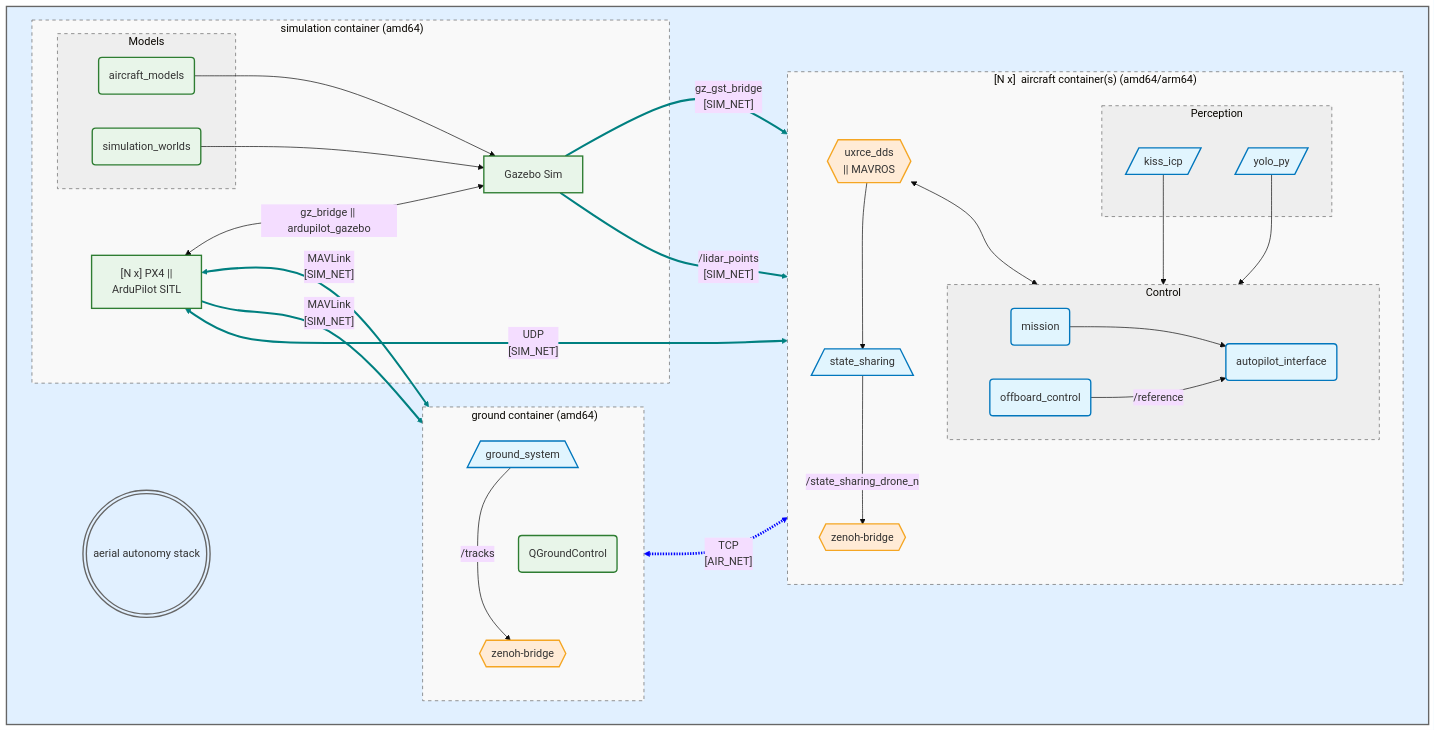
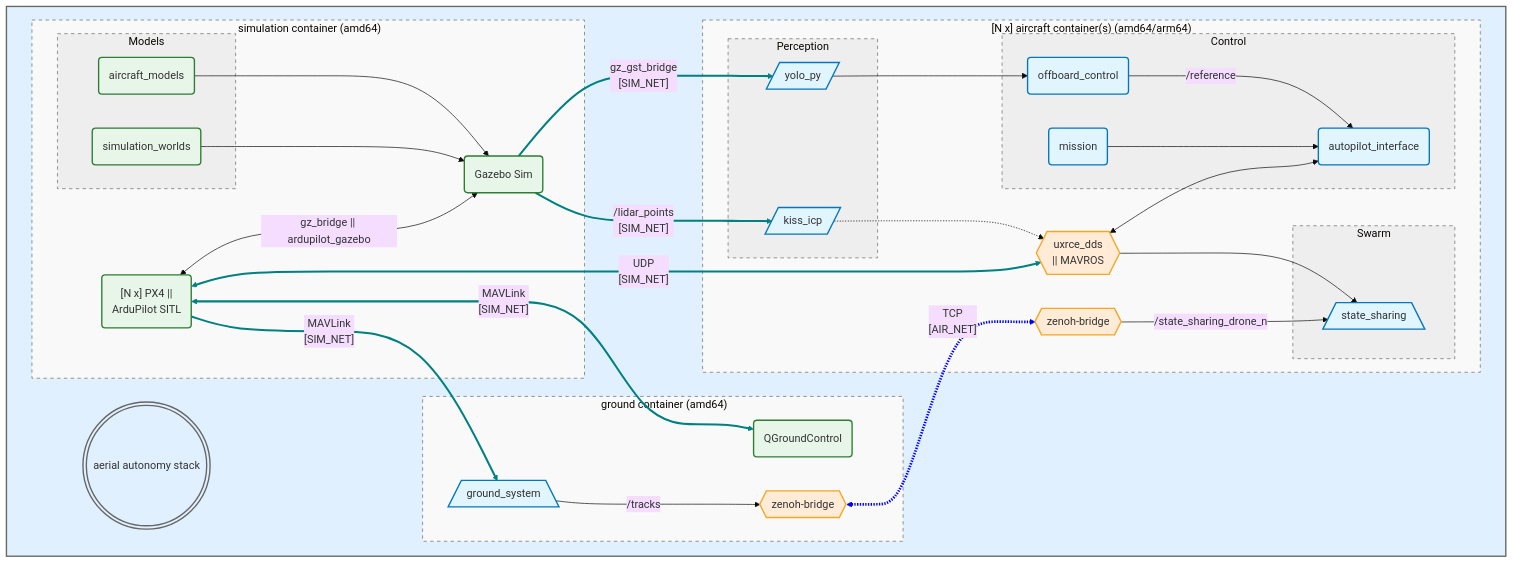
The diagram in README.md (petayyyy/aerial-autonomy-stack), drawn with Mermaid before and after one commit. The commit also changed other lines of this file, not shown here.

Commit message:
update diagram

````diff
--- a/README.md
+++ b/README.md
@@ -34,82 +34,75 @@
 ```mermaid
 %%{init: {'theme': 'base', 'themeVariables': { 'fontFamily': 'monospace'}}}%%
-flowchart LR
-    classDef bridge fill:#ffebd6,stroke:#f5a623,stroke-width:2px;
-    classDef algo fill:#e1f5fe,stroke:#0277bd,stroke-width:2px;
-    classDef resource fill:#e8f5e9,stroke:#2e7d32,stroke-width:2px;
-
+flowchart TB
     subgraph aas [" "]
-        direction LR
-
-        subgraph air ["[N#nbsp;x]#nbsp;#nbsp;aircraft#nbsp;container(s)#nbsp;(amd64/arm64)"]
-            direction TB 
-            zenoh_air{{zenoh-bridge}}:::bridge
-            ap_link{{"uxrce_dds <br/> || MAVROS"}}:::bridge
-            state_sharing[/state_sharing\]:::algo
-            subgraph control [Control]
-                direction LR
-                offboard_control(offboard_control):::algo
-                autopilot_interface(autopilot_interface):::algo
-                mission(mission):::algo
-            end
-            subgraph perception [Perception]
-                yolo_py[/yolo_py/]:::algo
-                kiss_icp[/kiss_icp/]:::algo
-            end
-
-            mission --> autopilot_interface
-            yolo_py --> offboard_control
-            kiss_icp --> offboard_control
-            offboard_control -- /reference --> autopilot_interface
-            ap_link <--> autopilot_interface
-            ap_link --> state_sharing
-            state_sharing -- /state_sharing_drone_n --> zenoh_air
-        end
-
-        subgraph gnd ["#nbsp;ground#nbsp;container#nbsp;(amd64)"]
-            direction TB
-            ground_system[/ground_system\]:::algo
-            qgc(QGroundControl):::resource
-            zenoh_gnd{{zenoh-bridge}}:::bridge
-
-            ground_system -- /tracks --> zenoh_gnd
-            ground_system ~~~ qgc
-            qgc ~~~ zenoh_gnd   
-        end
-
         subgraph sim ["#nbsp;simulation#nbsp;container#nbsp;(amd64)"]
-            sitl["[N x] PX4 || <br/> ArduPilot SITL"]:::resource
-            gz[Gazebo Sim]:::resource
+            sitl("[N x] PX4 || <br/> ArduPilot SITL"):::resource
+            gz(Gazebo Sim):::resource
             subgraph models [Models]
                 drones(aircraft_models):::resource
                 worlds(simulation_worlds):::resource
             end
             
+            drones --> gz
+            worlds --> gz
             sitl <--> |"gz_bridge || ardupilot_gazebo"| gz
-            drones --> |" "| gz
-            worlds --> |" "| gz
+        end
+
+        subgraph gnd ["#nbsp;ground#nbsp;container#nbsp;(amd64)"]
+            ground_system[/ground_system\]:::algo
+            qgc(QGroundControl):::resource
+            zenoh_gnd{{zenoh-bridge}}:::bridge
+
+            ground_system ~~~ qgc
+            ground_system --> |"/tracks"| zenoh_gnd  
+        end
+
+        subgraph air ["[N#nbsp;x]#nbsp;aircraft#nbsp;container(s)#nbsp;(amd64/arm64)"]
+            subgraph perception [Perception]
+                yolo_py[/yolo_py/]:::algo
+                kiss_icp[/kiss_icp/]:::algo
+            end
+            subgraph control [Control]
+                offboard_control(offboard_control):::algo
+                autopilot_interface(autopilot_interface):::algo
+                mission(mission):::algo
+            end
+            ap_link{{"uxrce_dds <br/> || MAVROS"}}:::bridge
+            subgraph swarm [Swarm]
+                state_sharing[/state_sharing\]:::algo
+            end
+            zenoh_air{{zenoh-bridge}}:::bridge
+
+            kiss_icp -.-> |" "| ap_link
+            ap_link <--> autopilot_interface
+            ap_link --> state_sharing
+            yolo_py --> offboard_control
+            offboard_control --> |"/reference"| autopilot_interface
+            mission --> autopilot_interface
+            zenoh_air --> |"/state_sharing_drone_n"| state_sharing
         end
 
         repo(((aerial#nbsp;autonomy#nbsp;stack)))
     end
 
     repo ~~~ gz
     gz --> |"gz_gst_bridge <br/> [SIM_NET]"| yolo_py
     gz --> |"/lidar_points <br/> [SIM_NET]"| kiss_icp
     sitl <--> |"UDP <br/> [SIM_NET]"| ap_link
     sitl <--> |"MAVLink <br/> [SIM_NET]"| qgc 
     sitl --> |"MAVLink <br/> [SIM_NET]"| ground_system
     zenoh_gnd <-.-> |"TCP <br/> [AIR_NET]"| zenoh_air
 
-    style aas fill:#e1f0ff,stroke:#666,stroke-width:2px
-    style repo fill:#e1f0ff,stroke:#666,stroke-width:2px
-    style air fill:#f9f9f9,stroke:#666,stroke-width:1px,stroke-dasharray: 5 5
-    style gnd fill:#f9f9f9,stroke:#666,stroke-width:1px,stroke-dasharray: 5 5
-    style sim fill:#f9f9f9,stroke:#666,stroke-width:1px,stroke-dasharray: 5 5
-    style perception fill:#eeeeee,stroke:#666,stroke-width:1px,stroke-dasharray: 5 5
-    style control fill:#eeeeee,stroke:#666,stroke-width:1px,stroke-dasharray: 5 5
-    style models fill:#eeeeee,stroke:#666,stroke-width:1px,stroke-dasharray: 5 5
+    classDef bridge fill:#ffebd6,stroke:#f5a623,stroke-width:2px;
+    classDef algo fill:#e1f5fe,stroke:#0277bd,stroke-width:2px;
+    classDef resource fill:#e8f5e9,stroke:#2e7d32,stroke-width:2px;
+    classDef blueStyle  fill:#e1f0ff,stroke:#666,stroke-width:2px;
+    classDef whiteStyle fill:#f9f9f9,stroke:#666,stroke-width:1px,stroke-dasharray: 5 5;
+    classDef greyStyle  fill:#eeeeee,stroke:#666,stroke-width:1px,stroke-dasharray: 5 5;
 
-    linkStyle 14,15,16,17,18 stroke:teal,stroke-width:3px;
-    linkStyle 19 stroke:blue,stroke-width:4px;
+    class aas,repo blueStyle;
+    class air,gnd,sim whiteStyle;
+    class perception,control,models,swarm greyStyle;
+    linkStyle 13,14,15,16,17 stroke:teal,stroke-width:3px;
+    linkStyle 18 stroke:blue,stroke-width:4px;
 ```
````
